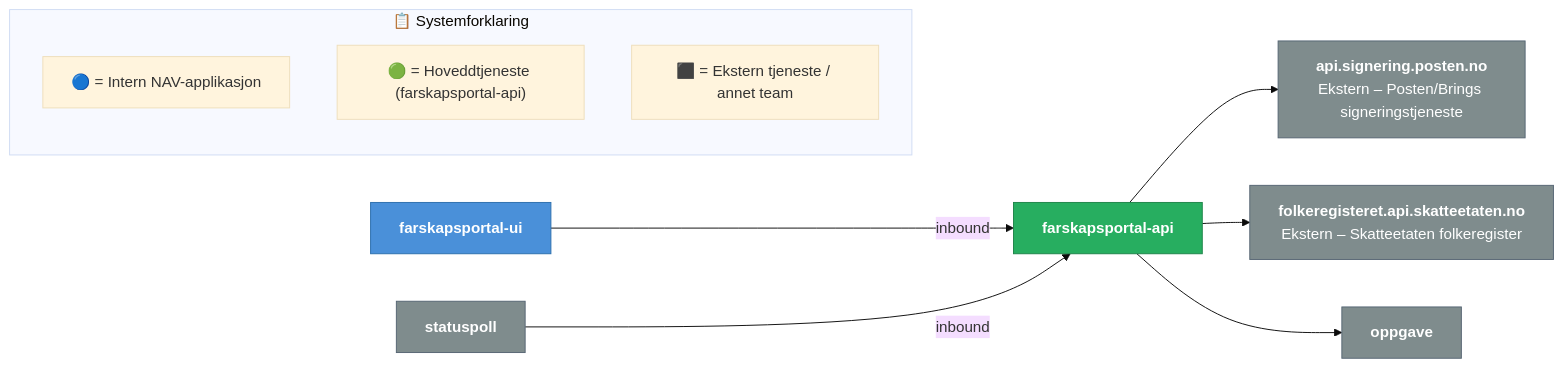
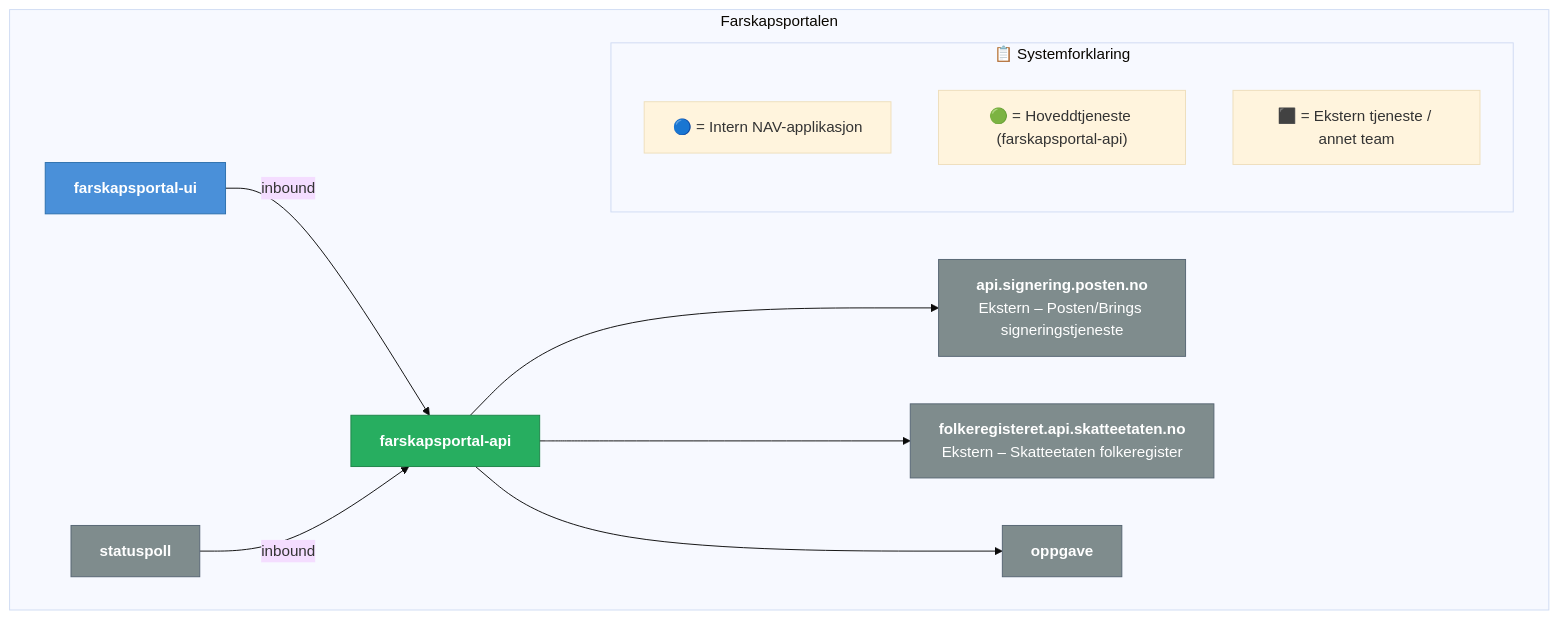
The diagram in dokumentasjon/systemdokumentasjon/farskapsportalen.mermaid (navikt/bidrag-dokumentasjon), drawn with Mermaid (base theme) before and after one commit. The commit also changed other lines of this file, not shown here.

Commit message:
Formatering av farskapsportalen

```diff
--- a/dokumentasjon/systemdokumentasjon/farskapsportalen.mermaid
+++ b/dokumentasjon/systemdokumentasjon/farskapsportalen.mermaid
@@ -1,36 +1,32 @@
 ---
 config:
   layout: dagre
 ---
 graph LR
+    subgraph Farskapsportalen
+        direction LR
+        classDef internal fill: #4A90D9, color: #fff, stroke: #2c6fad
+        classDef external fill: #7F8C8D, color: #fff, stroke: #566573
+        classDef api fill: #27AE60, color: #fff, stroke: #1e8449
+        FarskapsportalenUi["<b>farskapsportal-ui</b><br/>"]
+        FarskapsportalenApi["<b>farskapsportal-api</b><br/>"]:::api
+        Statuspoll["<b>statuspoll</b><br/>"]:::external
+        Oppgave["<b>oppgave</b><br/>"]:::external
+        Signering["<b>api.signering.posten.no</b><br/>Ekstern – Posten/Brings signeringstjeneste"]:::external
+        Folkeregisteret["<b>folkeregisteret.api.skatteetaten.no</b><br/>Ekstern – Skatteetaten folkeregister"]:::external
+        FarskapsportalenUi -->|inbound| FarskapsportalenApi
+        Statuspoll -->|inbound| FarskapsportalenApi
+        FarskapsportalenApi --> Signering
+        FarskapsportalenApi --> Folkeregisteret
+        FarskapsportalenApi --> Oppgave
+        class FarskapsportalenUi internal
+        class FarskapsportalenApi api
+        click FarskapsportalenUi visApplikasjon "Åpne applikasjonsbeskrivelse"
+        click FarskapsportalenApi visApplikasjon "Åpne applikasjonsbeskrivelse"
 
-    classDef internal fill:#4A90D9,color:#fff,stroke:#2c6fad
-    classDef external fill:#7F8C8D,color:#fff,stroke:#566573
-    classDef api fill:#27AE60,color:#fff,stroke:#1e8449
-
-    FarskapsportalenUi["<b>farskapsportal-ui</b><br/>"]
-    FarskapsportalenApi["<b>farskapsportal-api</b><br/>"]:::api
-    Statuspoll["<b>statuspoll</b><br/>"]:::external
-    Oppgave["<b>oppgave</b><br/>"]:::external
-
-    Signering["<b>api.signering.posten.no</b><br/>Ekstern – Posten/Brings signeringstjeneste"]:::external
-    Folkeregisteret["<b>folkeregisteret.api.skatteetaten.no</b><br/>Ekstern – Skatteetaten folkeregister"]:::external
-
-    FarskapsportalenUi -->|inbound| FarskapsportalenApi
-    Statuspoll -->|inbound| FarskapsportalenApi
-
-    FarskapsportalenApi --> Signering
-    FarskapsportalenApi --> Folkeregisteret
-    FarskapsportalenApi --> Oppgave
-
-    class FarskapsportalenUi internal
-    class FarskapsportalenApi api
-
-    click FarskapsportalenUi visApplikasjon "Åpne applikasjonsbeskrivelse"
-    click FarskapsportalenApi visApplikasjon "Åpne applikasjonsbeskrivelse"
-
-    subgraph Legend["📋 Systemforklaring"]
-        LegendInternal["🔵 = Intern NAV-applikasjon"]
-        LegendApi["🟢 = Hoveddtjeneste (farskapsportal-api)"]
-        LegendExternal["⬛ = Ekstern tjeneste / annet team"]
+        subgraph Legend["📋 Systemforklaring"]
+            LegendInternal["🔵 = Intern NAV-applikasjon"]
+            LegendApi["🟢 = Hoveddtjeneste (farskapsportal-api)"]
+            LegendExternal["⬛ = Ekstern tjeneste / annet team"]
+        end
     end
```
